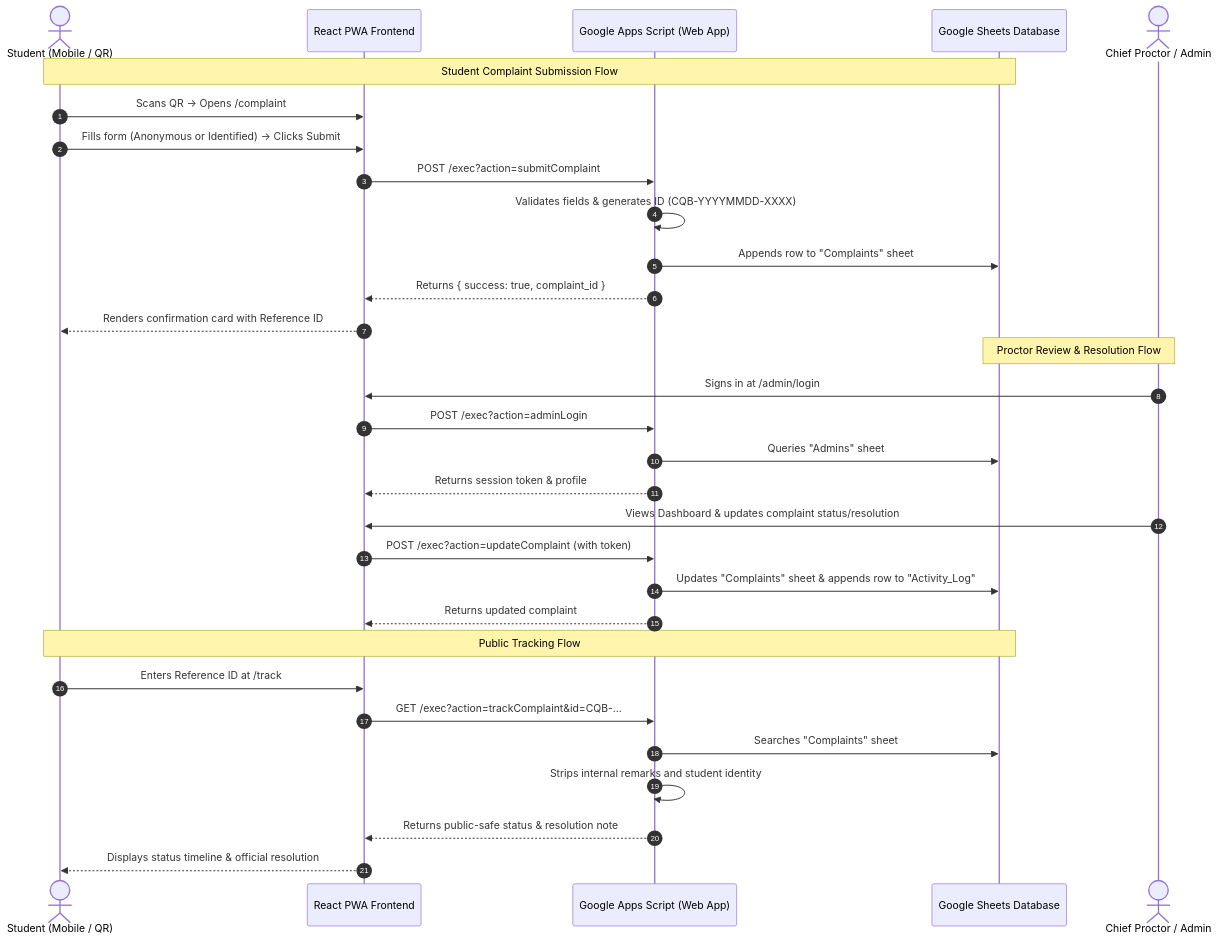
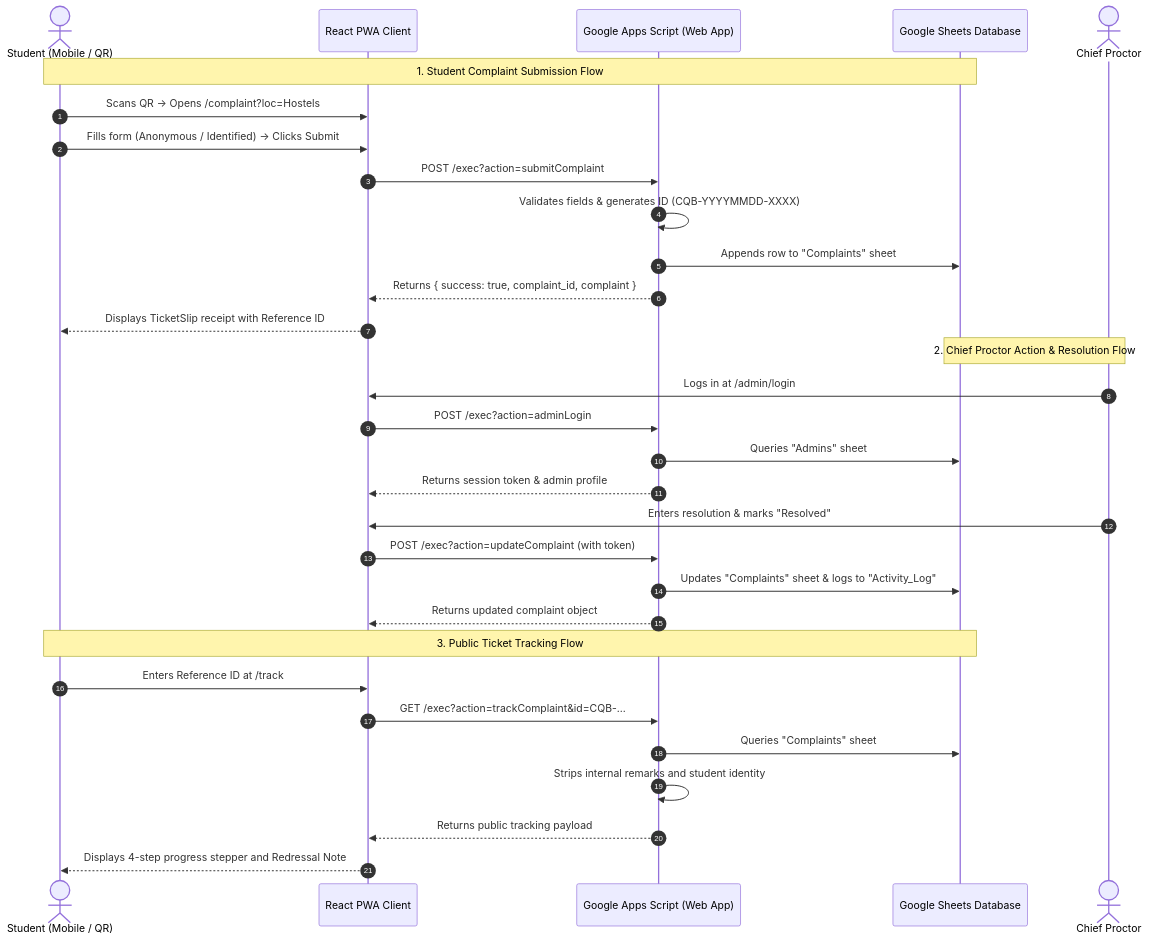
Before and after one commit to jalalakbar47/College-QR-Complaint-Box: the diagram in docs/ARCHITECTURE.md, drawn with Mermaid. The commit also changed other lines of this file and 1 other file, not shown here.

Commit message:
docs: comprehensive v2.0.0 updates for README and ARCHITECTURE specs

````diff
--- a/docs/ARCHITECTURE.md
+++ b/docs/ARCHITECTURE.md
@@ -68,36 +87,36 @@
 ```mermaid
 sequenceDiagram
     autonumber
     actor Student as Student (Mobile / QR)
-    participant Client as React PWA Frontend
+    participant Client as React PWA Client
     participant API as Google Apps Script (Web App)
     participant Sheets as Google Sheets Database
-    actor Admin as Chief Proctor / Admin
+    actor Proctor as Chief Proctor
 
-    Note over Student, Sheets: Student Complaint Submission Flow
-    Student->>Client: Scans QR -> Opens /complaint
-    Student->>Client: Fills form (Anonymous or Identified) -> Clicks Submit
+    Note over Student, Sheets: 1. Student Complaint Submission Flow
+    Student->>Client: Scans QR -> Opens /complaint?loc=Hostels
+    Student->>Client: Fills form (Anonymous / Identified) -> Clicks Submit
     Client->>API: POST /exec?action=submitComplaint
     API->>API: Validates fields & generates ID (CQB-YYYYMMDD-XXXX)
     API->>Sheets: Appends row to "Complaints" sheet
-    API-->>Client: Returns { success: true, complaint_id }
-    Client-->>Student: Renders confirmation card with Reference ID
+    API-->>Client: Returns { success: true, complaint_id, complaint }
+    Client-->>Student: Displays TicketSlip receipt with Reference ID
 
-    Note over Admin, Sheets: Proctor Review & Resolution Flow
-    Admin->>Client: Signs in at /admin/login
+    Note over Proctor, Sheets: 2. Chief Proctor Action & Resolution Flow
+    Proctor->>Client: Logs in at /admin/login
     Client->>API: POST /exec?action=adminLogin
     API->>Sheets: Queries "Admins" sheet
-    API-->>Client: Returns session token & profile
-    Admin->>Client: Views Dashboard & updates complaint status/resolution
+    API-->>Client: Returns session token & admin profile
+    Proctor->>Client: Enters resolution & marks "Resolved"
     Client->>API: POST /exec?action=updateComplaint (with token)
-    API->>Sheets: Updates "Complaints" sheet & appends row to "Activity_Log"
-    API-->>Client: Returns updated complaint
+    API->>Sheets: Updates "Complaints" sheet & logs to "Activity_Log"
+    API-->>Client: Returns updated complaint object
 
-    Note over Student, Sheets: Public Tracking Flow
+    Note over Student, Sheets: 3. Public Ticket Tracking Flow
     Student->>Client: Enters Reference ID at /track
     Client->>API: GET /exec?action=trackComplaint&id=CQB-...
-    API->>Sheets: Searches "Complaints" sheet
+    API->>Sheets: Queries "Complaints" sheet
     API->>API: Strips internal remarks and student identity
-    API-->>Client: Returns public-safe status & resolution note
-    Client-->>Student: Displays status timeline & official resolution
+    API-->>Client: Returns public tracking payload
+    Client-->>Student: Displays 4-step progress stepper and Redressal Note
 ```
````
